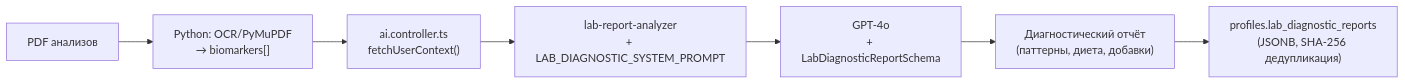
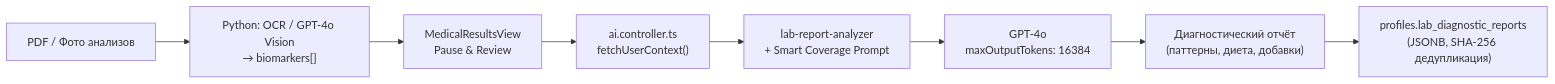
One commit to S4rikk/vitograph changed the fourth of 4 diagrams in docs/ai_pipeline.md. Above: the diagram before and after it, drawn with Mermaid. The commit also changed other lines of this file and 25 other files, not shown here.

````diff
--- a/docs/ai_pipeline.md
+++ b/docs/ai_pipeline.md
@@ -153,9 +153,10 @@
 ```mermaid
 flowchart LR
-    PDF["PDF анализов"] --> PYTHON["Python: OCR/PyMuPDF<br/>→ biomarkers[]"]
-    PYTHON --> CTRL["ai.controller.ts<br/>fetchUserContext()"]
-    CTRL --> LRA["lab-report-analyzer<br/>+ LAB_DIAGNOSTIC_SYSTEM_PROMPT"]
-    LRA --> GPT["GPT-4o<br/>+ LabDiagnosticReportSchema"]
+    INPUT["PDF / Фото анализов"] --> PYTHON["Python: OCR / GPT-4o Vision<br/>→ biomarkers[]"]
+    PYTHON --> UI["MedicalResultsView<br/>Pause & Review"]
+    UI --> CTRL["ai.controller.ts<br/>fetchUserContext()"]
+    CTRL --> LRA["lab-report-analyzer<br/>+ Smart Coverage Prompt"]
+    LRA --> GPT["GPT-4o<br/>maxOutputTokens: 16384"]
     GPT --> REPORT["Диагностический отчёт<br/>(паттерны, диета, добавки)"]
     REPORT --> DB["profiles.lab_diagnostic_reports<br/>(JSONB, SHA-256 дедупликация)"]
 ```
````
